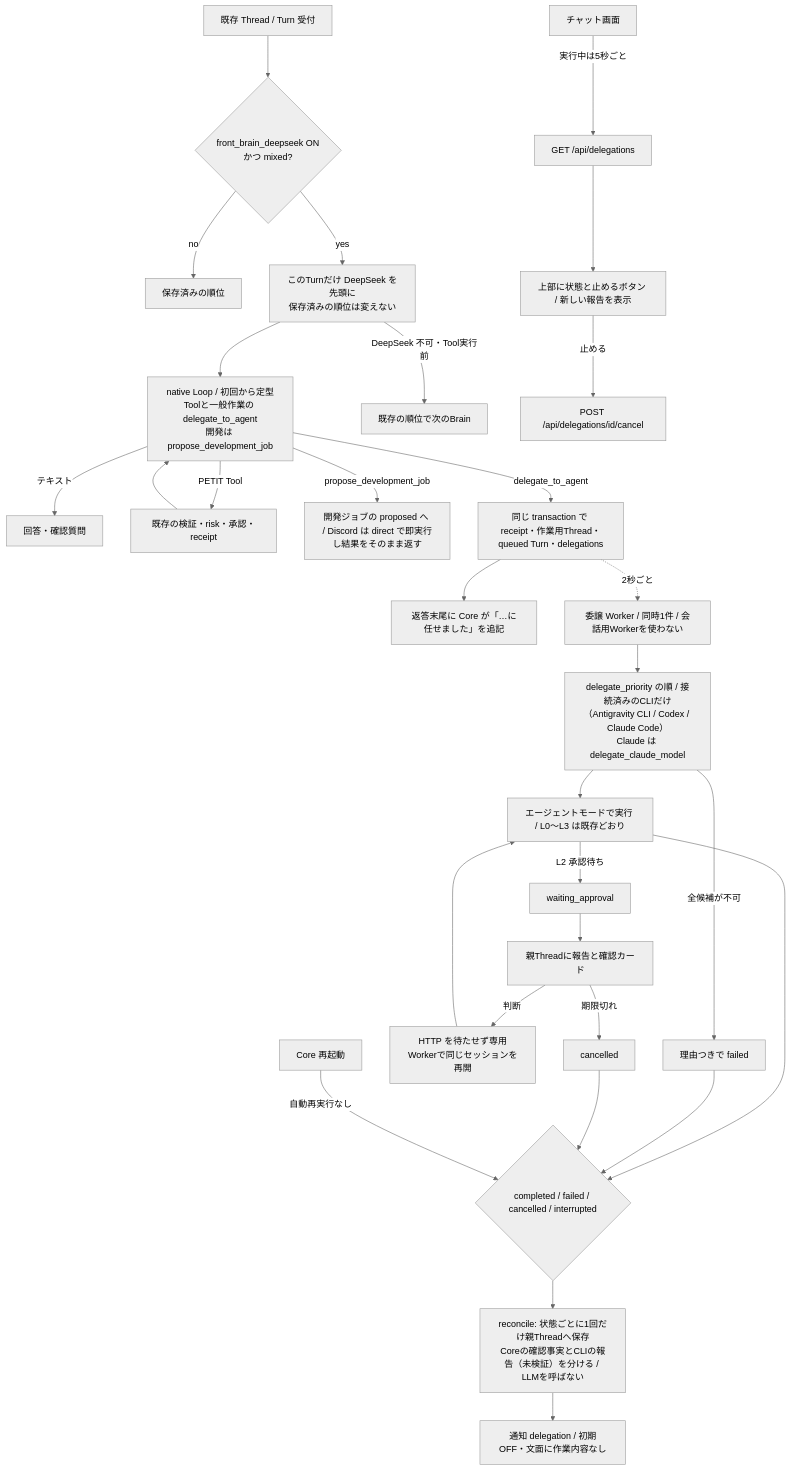
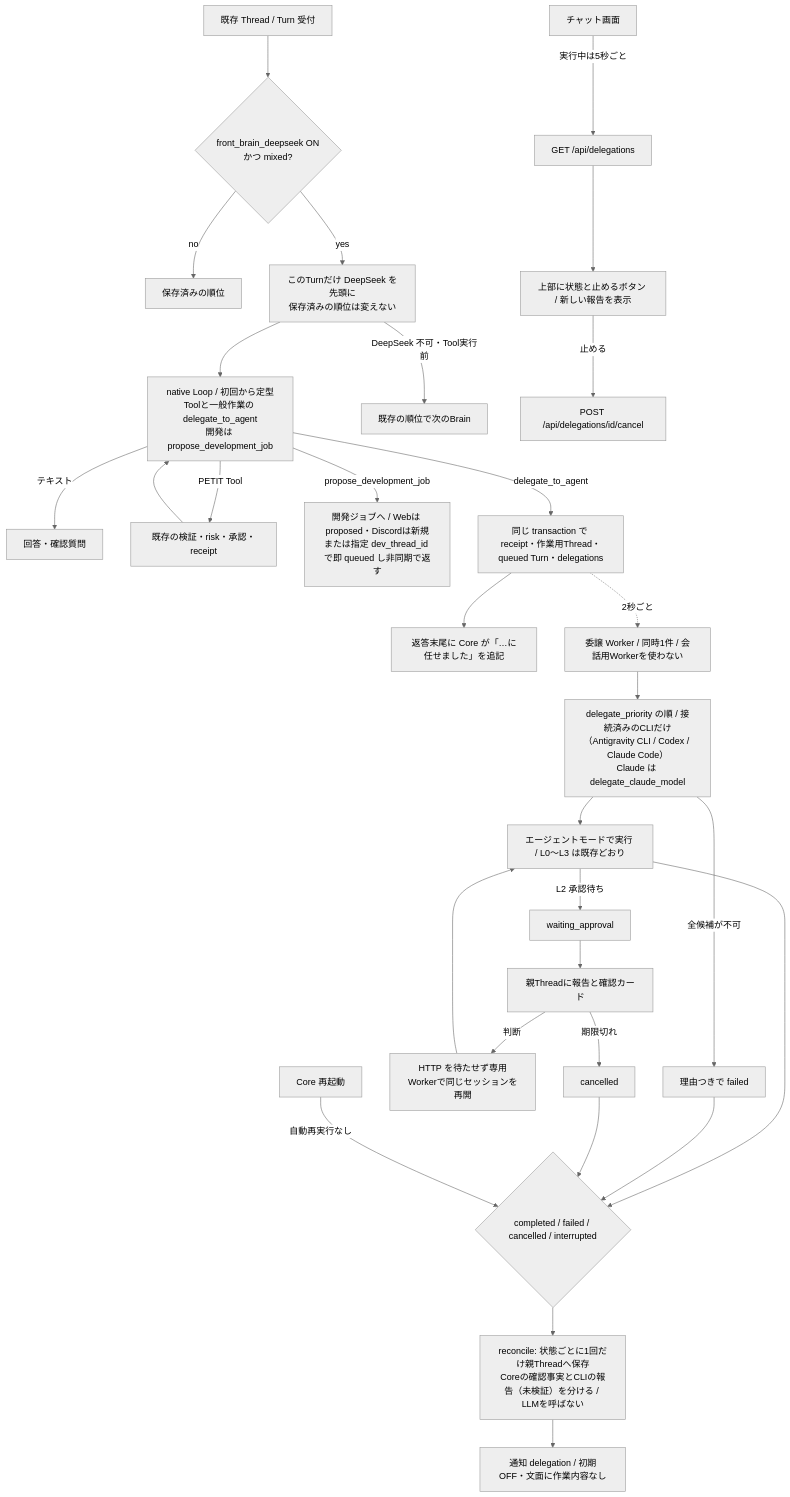
Before and after one commit to Soso2e/PETIT: the eighth of 48 diagrams in docs/runtime-flows.md, drawn with Mermaid (neutral theme). The commit also changed other lines of this file and 14 other files, not shown here.

````diff
--- a/docs/runtime-flows.md
+++ b/docs/runtime-flows.md
@@ -197,32 +197,32 @@
 ```mermaid
 flowchart TD
     Turn[既存 Thread / Turn 受付] --> Order{front_brain_deepseek ON<br/>かつ mixed?}
     Order -->|no| Saved[保存済みの順位]
     Order -->|yes| Front[このTurnだけ DeepSeek を先頭に<br/>保存済みの順位は変えない]
     Front --> Native[native Loop / 初回から定型Toolと一般作業の delegate_to_agent<br/>開発は propose_development_job]
     Front -->|DeepSeek 不可・Tool実行前| Fallback[既存の順位で次のBrain]
     Native -->|テキスト| Reply[回答・確認質問]
     Native -->|PETIT Tool| Gate[既存の検証・risk・承認・receipt]
     Gate --> Native
-    Native -->|propose_development_job| DevJob[開発ジョブの proposed へ / Discord は direct で即実行し結果をそのまま返す]
+    Native -->|propose_development_job| DevJob[開発ジョブへ / Webは proposed・Discordは新規または指定 dev_thread_id で即 queued し非同期で返す]
     Native -->|delegate_to_agent| Create[同じ transaction で receipt・作業用Thread・queued Turn・delegations]
     Create --> Notice[返答末尾に Core が「…に任せました」を追記]
     Create -.->|2秒ごと| Worker[委譲 Worker / 同時1件 / 会話用Workerを使わない]
     Worker --> Pick[delegate_priority の順 / 接続済みのCLIだけ（Antigravity CLI / Codex / Claude Code）<br/>Claude は delegate_claude_model]
     Pick --> Agent[エージェントモードで実行 / L0〜L3 は既存どおり]
     Pick -->|全候補が不可| Fail[理由つきで failed]
     Agent -->|L2 承認待ち| Wait[waiting_approval]
     Wait --> Parent[親Threadに報告と確認カード]
     Parent -->|判断| Resume[HTTP を待たせず専用Workerで同じセッションを再開]
     Resume --> Agent
     Parent -->|期限切れ| Cancelled[cancelled]
     Agent --> Done{completed / failed / cancelled / interrupted}
     Fail --> Done
     Cancelled --> Done
     Restart[Core 再起動] -->|自動再実行なし| Done
     Done --> Report[reconcile: 状態ごとに1回だけ親Threadへ保存<br/>Coreの確認事実とCLIの報告（未検証）を分ける / LLMを呼ばない]
     Report --> Notify[通知 delegation / 初期OFF・文面に作業内容なし]
     UI[チャット画面] -->|実行中は5秒ごと| Status[GET /api/delegations]
     Status --> Strip[上部に状態と止めるボタン / 新しい報告を表示]
     Strip -->|止める| Cancel[POST /api/delegations/id/cancel]
 ```
````
